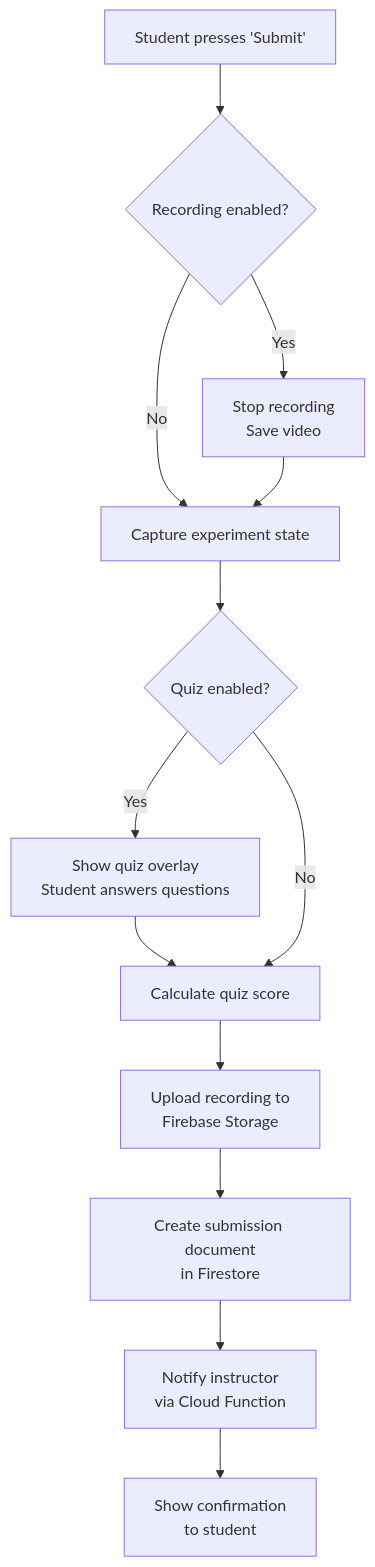
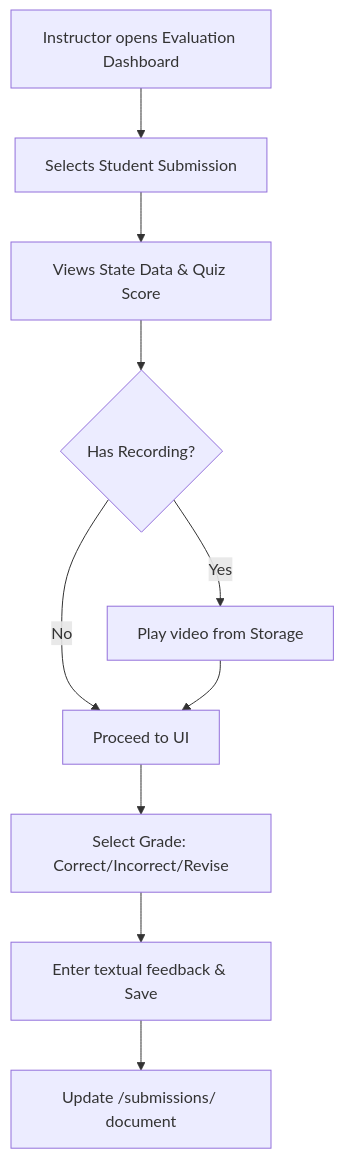
One commit to abdullahiftikhar0/LucidLab changed the fifth of 5 diagrams in docs/06-workflows.md. Above: the diagram before and after it, drawn with Mermaid. The commit also changed other lines of this file and 1278 other files, not shown here.

````diff
--- a/docs/06-workflows.md
+++ b/docs/06-workflows.md
@@ -212,15 +171,12 @@
 ```mermaid
 flowchart TD
-    A[Student presses 'Submit'] --> B{Recording enabled?}
-    B -->|Yes| C[Stop recording<br/>Save video]
-    B -->|No| D[Capture experiment state]
-    C --> D
-    D --> E{Quiz enabled?}
-    E -->|Yes| F[Show quiz overlay<br/>Student answers questions]
-    F --> G[Calculate quiz score]
-    E -->|No| G
-    G --> H[Upload recording to<br/>Firebase Storage]
-    H --> I[Create submission document<br/>in Firestore]
-    I --> J[Notify instructor<br/>via Cloud Function]
-    J --> K[Show confirmation<br/>to student]
+    A[Instructor opens Evaluation Dashboard] --> B[Selects Student Submission]
+    B --> C[Views State Data & Quiz Score]
+    C --> D{Has Recording?}
+    D -->|Yes| E[Play video from Storage]
+    D -->|No| F[Proceed to UI]
+    E --> F
+    F --> G[Select Grade: Correct/Incorrect/Revise]
+    G --> H[Enter textual feedback & Save]
+    H --> I[Update /submissions/ document]
 ```
````
